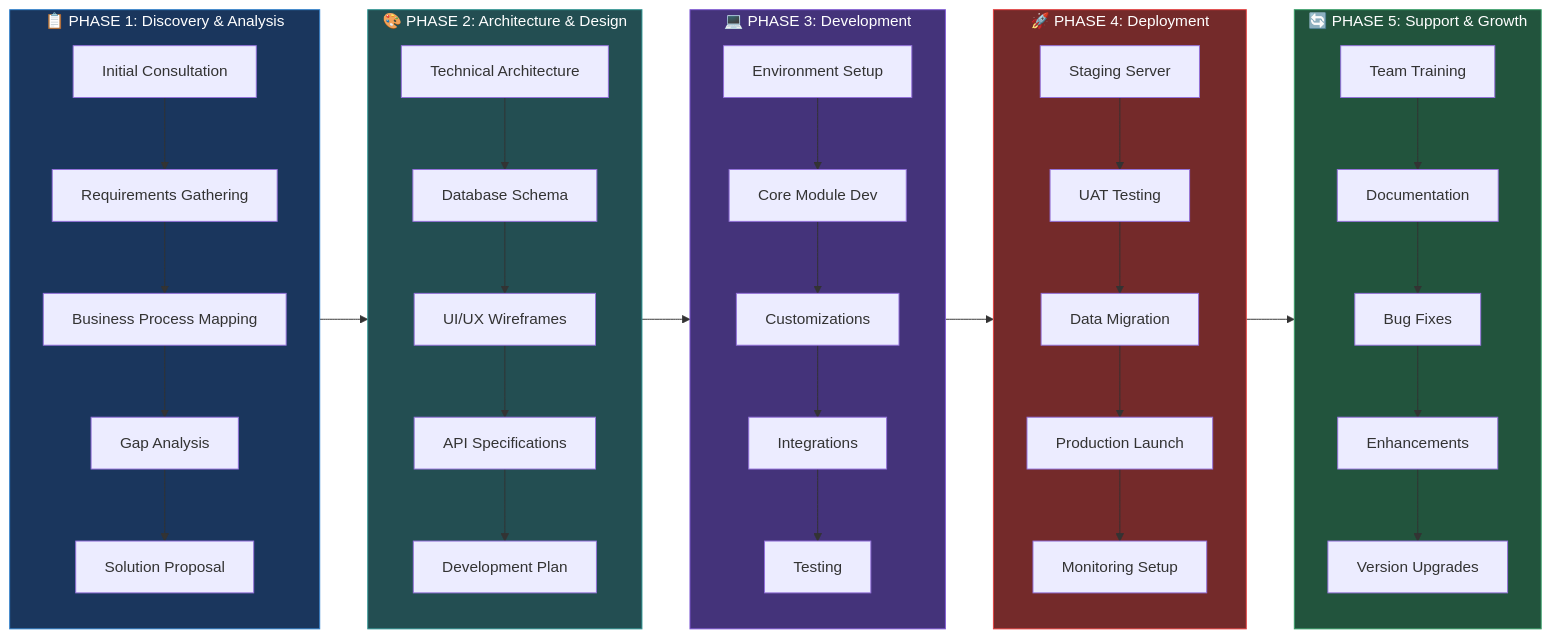
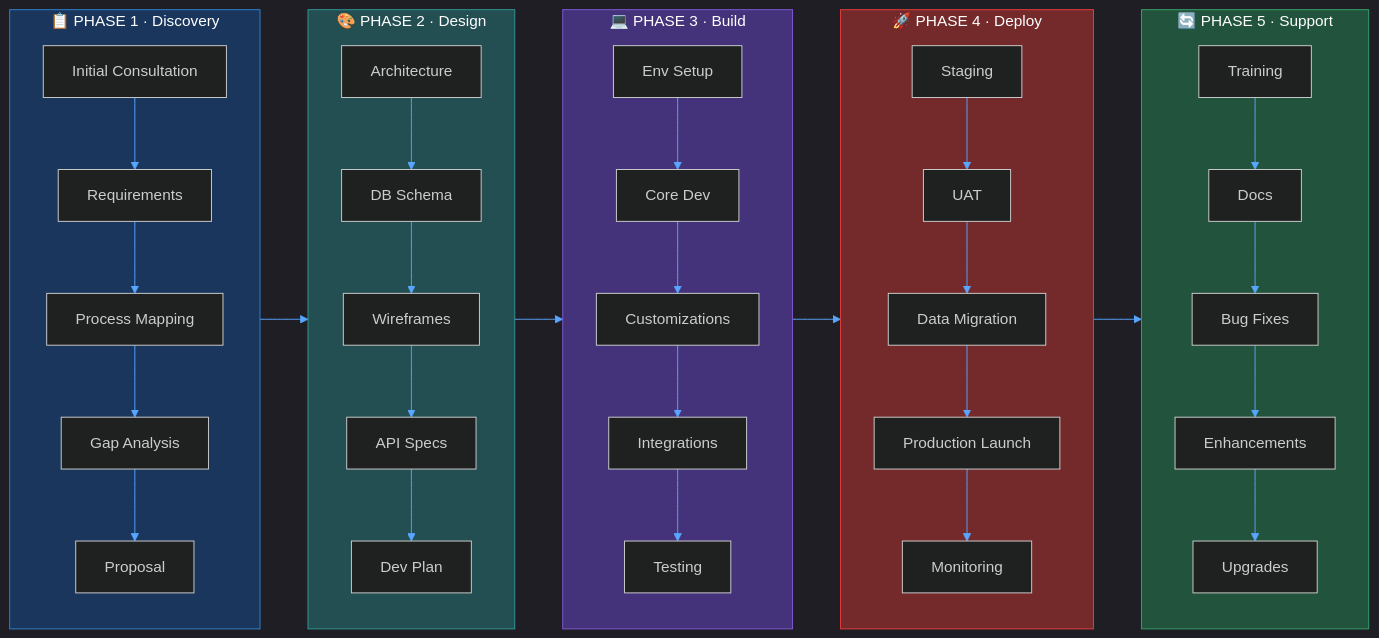
Before and after one commit to Elmasry-631/Elmasry-631: the second of 2 diagrams in README.md, drawn with Mermaid. The commit also changed other lines of this file, not shown here.

````diff
--- a/README.md
+++ b/README.md
@@ -1348,50 +1187,51 @@
 ```mermaid
+%%{init: {'theme':'dark', 'themeVariables': {'primaryColor':'#1a1f40','primaryTextColor':'#fff','primaryBorderColor':'#58A6FF','lineColor':'#58A6FF'}}}%%
 flowchart LR
-    subgraph DISCOVERY["📋 PHASE 1: Discovery & Analysis"]
+    subgraph D["📋 PHASE 1 · Discovery"]
         direction TB
-        D1[Initial Consultation] --> D2[Requirements Gathering]
-        D2 --> D3[Business Process Mapping]
+        D1[Initial Consultation] --> D2[Requirements]
+        D2 --> D3[Process Mapping]
         D3 --> D4[Gap Analysis]
-        D4 --> D5[Solution Proposal]
+        D4 --> D5[Proposal]
     end
-    
-    subgraph DESIGN["🎨 PHASE 2: Architecture & Design"]
+
+    subgraph DE["🎨 PHASE 2 · Design"]
         direction TB
-        DS1[Technical Architecture] --> DS2[Database Schema]
-        DS2 --> DS3[UI/UX Wireframes]
-        DS3 --> DS4[API Specifications]
-        DS4 --> DS5[Development Plan]
+        DE1[Architecture] --> DE2[DB Schema]
+        DE2 --> DE3[Wireframes]
+        DE3 --> DE4[API Specs]
+        DE4 --> DE5[Dev Plan]
     end
-    
-    subgraph BUILD["💻 PHASE 3: Development"]
+
+    subgraph B["💻 PHASE 3 · Build"]
         direction TB
-        B1[Environment Setup] --> B2[Core Module Dev]
+        B1[Env Setup] --> B2[Core Dev]
         B2 --> B3[Customizations]
         B3 --> B4[Integrations]
         B4 --> B5[Testing]
     end
-    
-    subgraph DEPLOY["🚀 PHASE 4: Deployment"]
+
+    subgraph DP["🚀 PHASE 4 · Deploy"]
         direction TB
-        DP1[Staging Server] --> DP2[UAT Testing]
+        DP1[Staging] --> DP2[UAT]
         DP2 --> DP3[Data Migration]
         DP3 --> DP4[Production Launch]
-        DP4 --> DP5[Monitoring Setup]
+        DP4 --> DP5[Monitoring]
     end
-    
-    subgraph SUPPORT["🔄 PHASE 5: Support & Growth"]
+
+    subgraph S["🔄 PHASE 5 · Support"]
         direction TB
-        S1[Team Training] --> S2[Documentation]
+        S1[Training] --> S2[Docs]
         S2 --> S3[Bug Fixes]
         S3 --> S4[Enhancements]
-        S4 --> S5[Version Upgrades]
+        S4 --> S5[Upgrades]
     end
-    
-    DISCOVERY --> DESIGN --> BUILD --> DEPLOY --> SUPPORT
 
-    style DISCOVERY fill:#1a365d,color:#fff,stroke:#3182ce
-    style DESIGN fill:#234e52,color:#fff,stroke:#319795
-    style BUILD fill:#44337a,color:#fff,#fff,stroke:#805ad5
-    style DEPLOY fill:#742a2a,color:#fff,stroke:#e53e3e
-    style SUPPORT fill:#22543d,color:#fff,stroke:#38a169
+    D --> DE --> B --> DP --> S
+
+    style D  fill:#1a365d,color:#fff,stroke:#3182ce
+    style DE fill:#234e52,color:#fff,stroke:#319795
+    style B  fill:#44337a,color:#fff,stroke:#805ad5
+    style DP fill:#742a2a,color:#fff,stroke:#e53e3e
+    style S  fill:#22543d,color:#fff,stroke:#38a169
 ```
````
